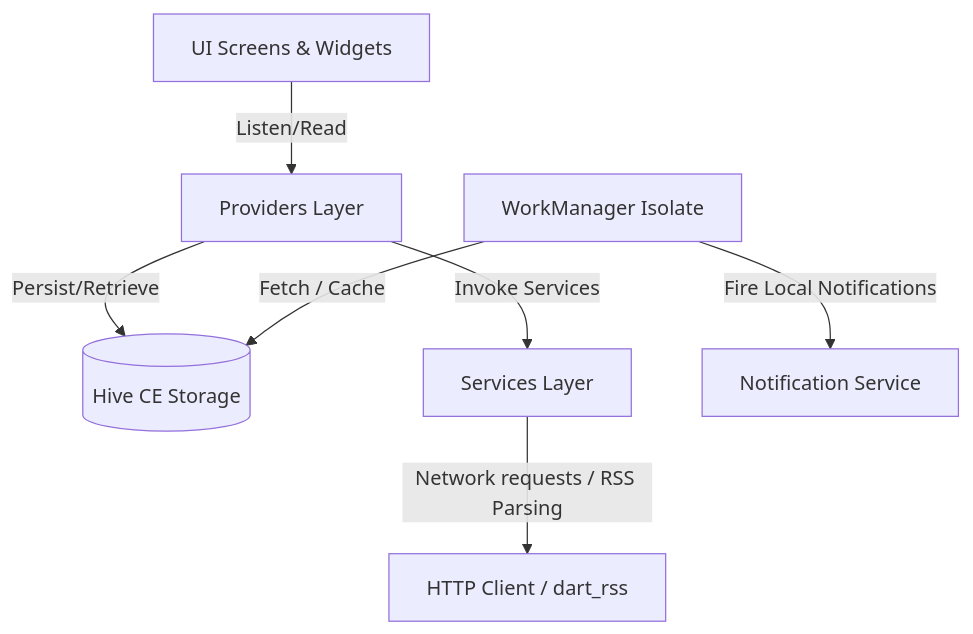
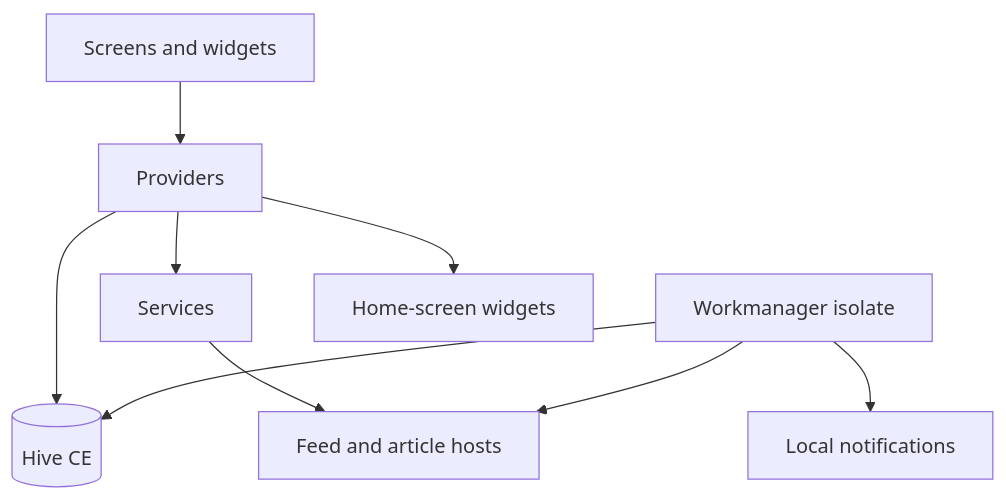
Before and after one commit to DevOpen-io/dondurma-rss-reader: the diagram in DEVELOPER.md, drawn with Mermaid. The commit also changed other lines of this file and 42 other files, not shown here.

````diff
--- a/DEVELOPER.md
+++ b/DEVELOPER.md
@@ -11,9 +19,11 @@
 ```mermaid
-graph TD
-    UI[UI Screens & Widgets] -->|Listen/Read| Providers[Providers Layer]
-    Providers -->|Persist/Retrieve| Hive[(Hive CE Storage)]
-    Providers -->|Invoke Services| Services[Services Layer]
-    Services -->|Network requests / RSS Parsing| Net[HTTP Client / dart_rss]
-    Background[WorkManager Isolate] -->|Fetch / Cache| Hive
-    Background -->|Fire Local Notifications| Notifications[Notification Service]
+flowchart TD
+  UI[Screens and widgets] --> P[Providers]
+  P --> H[(Hive CE)]
+  P --> S[Services]
+  S --> N[Feed and article hosts]
+  W[Workmanager isolate] --> H
+  W --> N
+  W --> L[Local notifications]
+  P --> HW[Home-screen widgets]
 ```
````
